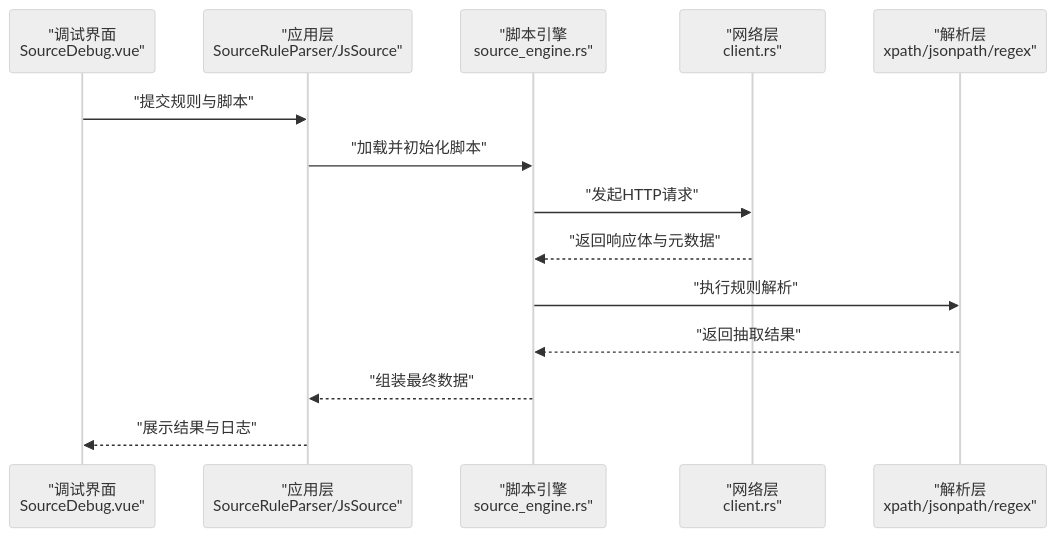
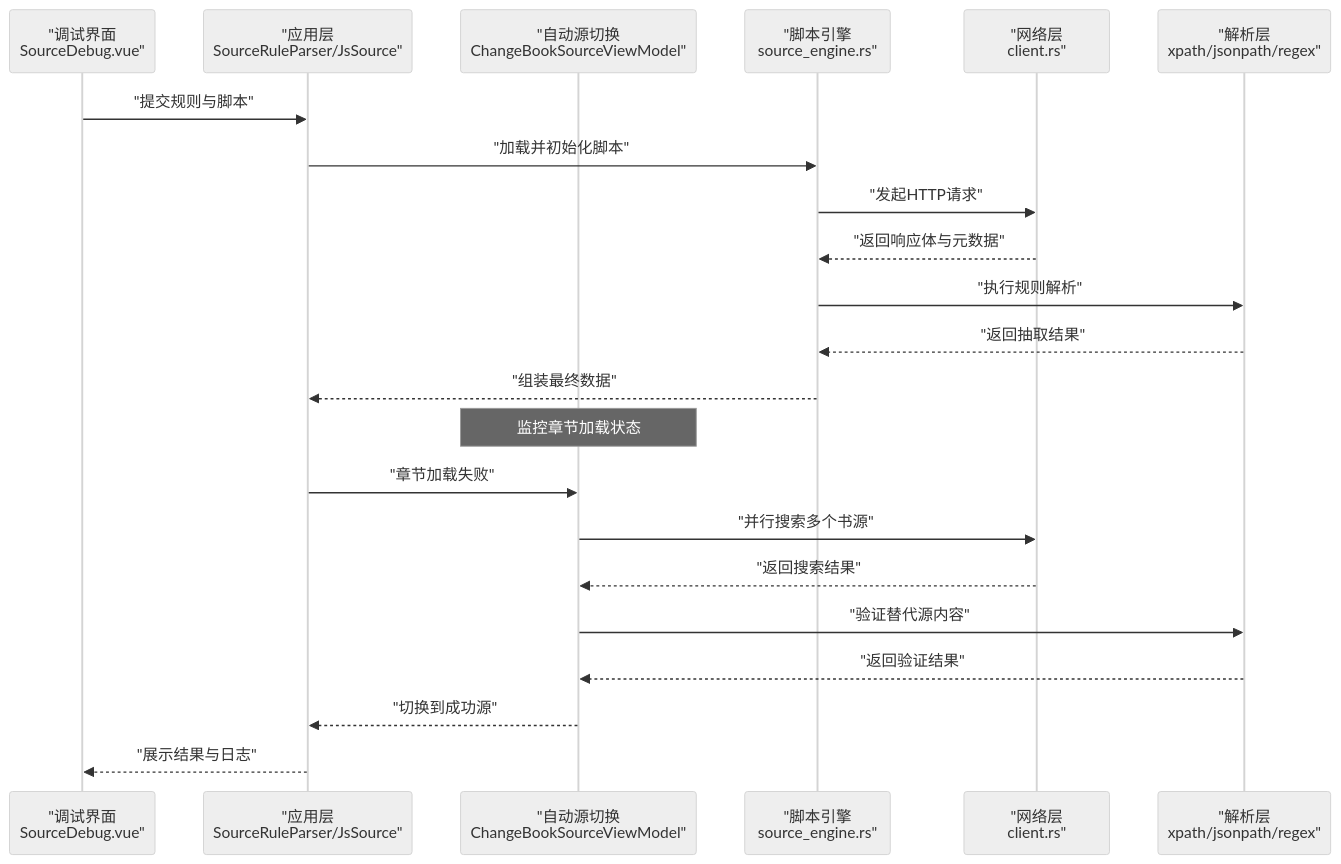
The second of 7 diagrams in .qoder/repowiki/zh/content/项目概述/核心功能特性/网络源系统/网络源系统.md (ZhangGHGitHub/LegadoTeamFlutter), drawn with Mermaid (neutral theme) before and after one commit. The commit also changed other lines of this file and 173 other files, not shown here.

````diff
--- a/.qoder/repowiki/zh/content/项目概述/核心功能特性/网络源系统/网络源系统.md
+++ b/.qoder/repowiki/zh/content/项目概述/核心功能特性/网络源系统/网络源系统.md
@@ -177,16 +208,24 @@
 ```mermaid
 sequenceDiagram
 participant UI as "调试界面<br/>SourceDebug.vue"
 participant App as "应用层<br/>SourceRuleParser/JsSource"
+participant AutoSwitch as "自动源切换<br/>ChangeBookSourceViewModel"
 participant JS as "脚本引擎<br/>source_engine.rs"
 participant Net as "网络层<br/>client.rs"
 participant Parse as "解析层<br/>xpath/jsonpath/regex"
 UI->>App : "提交规则与脚本"
 App->>JS : "加载并初始化脚本"
 JS->>Net : "发起HTTP请求"
 Net-->>JS : "返回响应体与元数据"
 JS->>Parse : "执行规则解析"
 Parse-->>JS : "返回抽取结果"
 JS-->>App : "组装最终数据"
+Note over AutoSwitch : 监控章节加载状态
+App->>AutoSwitch : "章节加载失败"
+AutoSwitch->>Net : "并行搜索多个书源"
+Net-->>AutoSwitch : "返回搜索结果"
+AutoSwitch->>Parse : "验证替代源内容"
+Parse-->>AutoSwitch : "返回验证结果"
+AutoSwitch-->>App : "切换到成功源"
 App-->>UI : "展示结果与日志"
 ```
````
